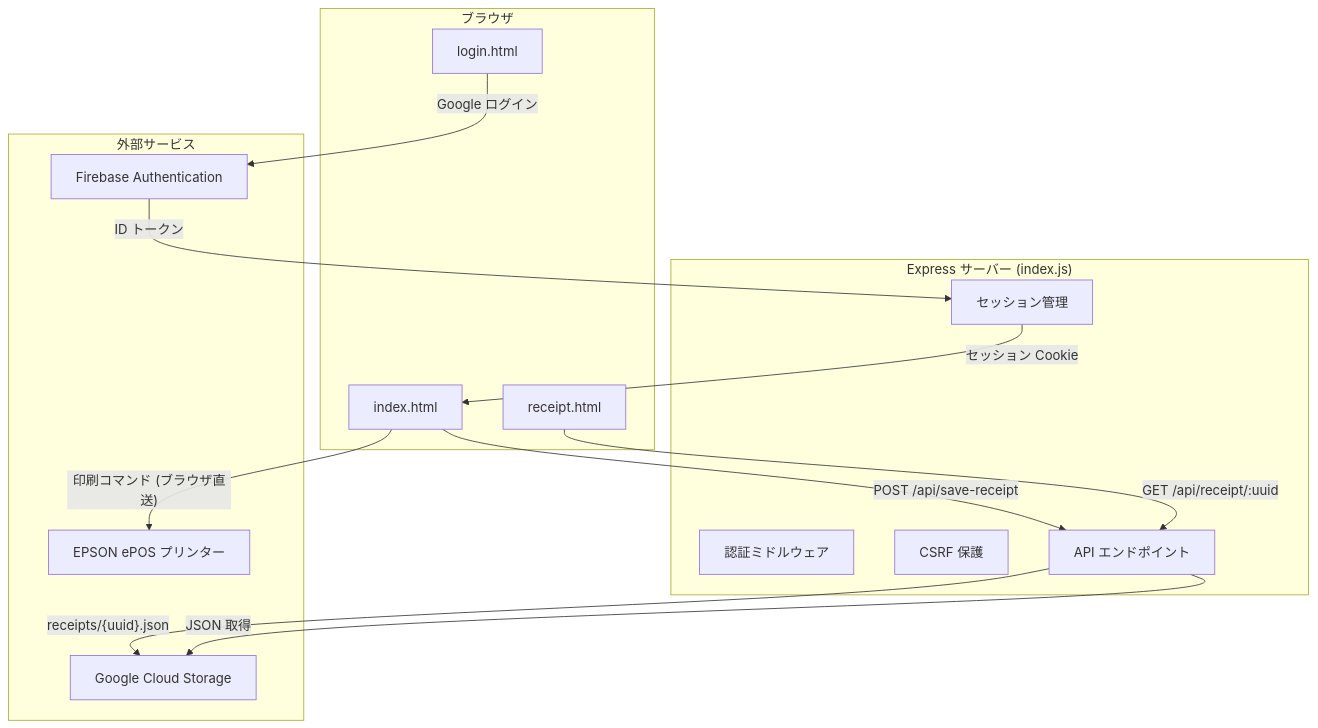
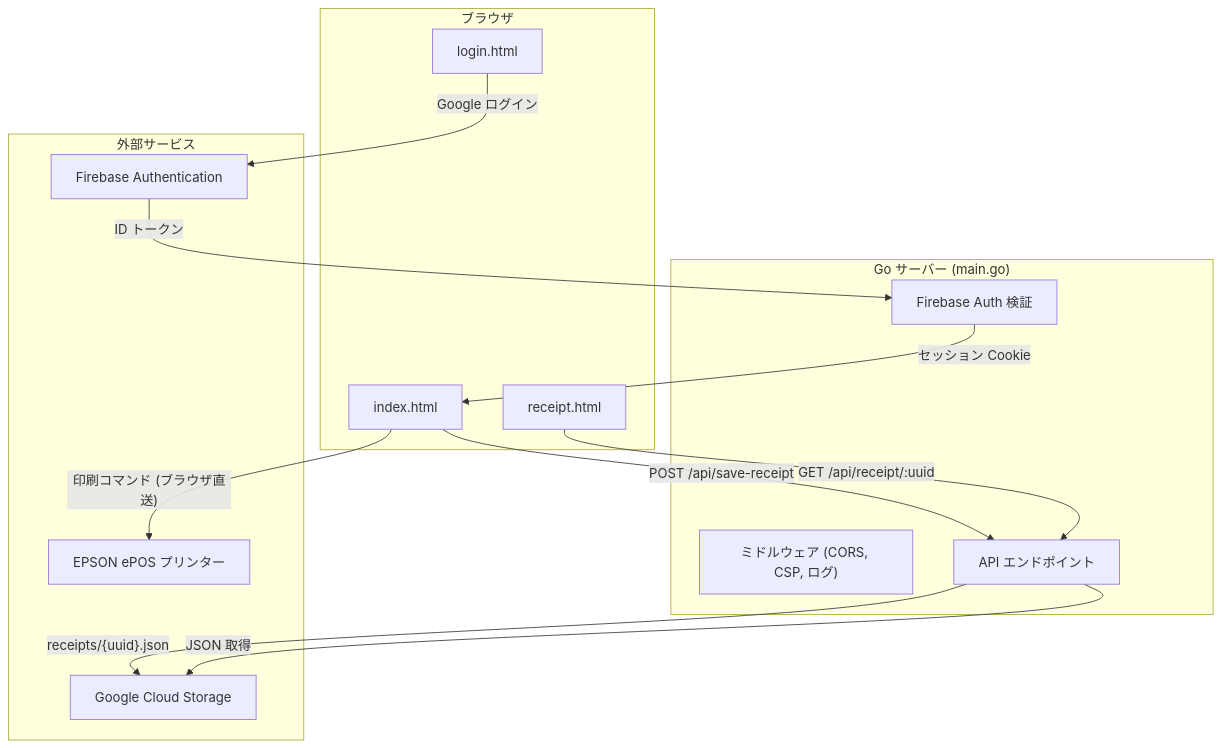
The diagram in .cursor/rules/architecture.mdc (flll/receipt-system), drawn with Mermaid before and after one commit. The commit also changed other lines of this file and 14 other files, not shown here.

````diff
--- a/.cursor/rules/architecture.mdc
+++ b/.cursor/rules/architecture.mdc
@@ -62,32 +62,31 @@
 ```mermaid
 graph TB
     subgraph client [ブラウザ]
         LoginPage["login.html"]
         MainPage["index.html"]
         ReceiptPage["receipt.html"]
     end
 
-    subgraph server ["Express サーバー (index.js)"]
-        AuthMW["認証ミドルウェア"]
-        SessionMW["セッション管理"]
-        CSRF["CSRF 保護"]
+    subgraph server ["Go サーバー (main.go)"]
+        Middleware["ミドルウェア (CORS, CSP, ログ)"]
+        Auth["Firebase Auth 検証"]
         API["API エンドポイント"]
     end
 
     subgraph external [外部サービス]
         FirebaseAuth["Firebase Authentication"]
         GCS["Google Cloud Storage"]
         Printer["EPSON ePOS プリンター"]
     end
 
     LoginPage -->|"Google ログイン"| FirebaseAuth
-    FirebaseAuth -->|"ID トークン"| SessionMW
-    SessionMW -->|"セッション Cookie"| MainPage
+    FirebaseAuth -->|"ID トークン"| Auth
+    Auth -->|"セッション Cookie"| MainPage
 
     MainPage -->|"印刷コマンド (ブラウザ直送)"| Printer
     MainPage -->|"POST /api/save-receipt"| API
     API -->|"receipts/{uuid}.json"| GCS
 
     ReceiptPage -->|"GET /api/receipt/:uuid"| API
     API -->|"JSON 取得"| GCS
 ```
````
